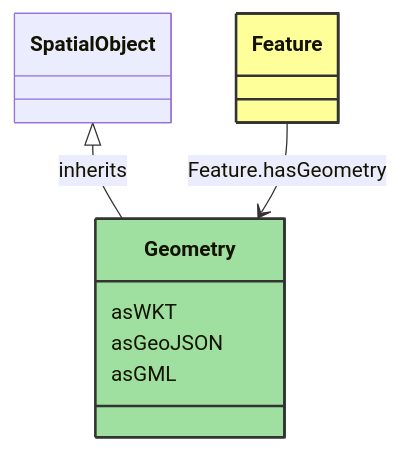
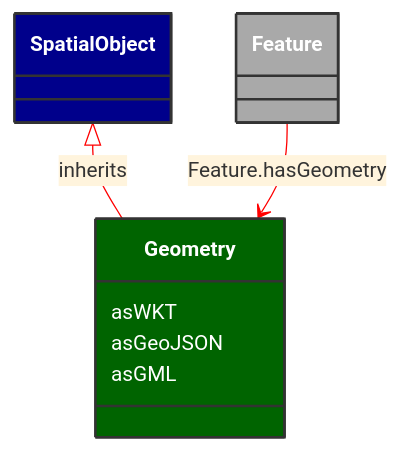
The diagram in docs/Models/Profiles/AviationObstacle/ConcreteClasses/Geometry.md (3lbits/NoCIMExtensions), drawn with Mermaid before and after one commit. The commit also changed 58 other files, not shown here.

````diff
--- a/docs/Models/Profiles/AviationObstacle/ConcreteClasses/Geometry.md
+++ b/docs/Models/Profiles/AviationObstacle/ConcreteClasses/Geometry.md
@@ -8,26 +8,27 @@
 ```mermaid
+%%{init: {'theme':'base','themeVariables': {'lineColor': '#FF0000'}}}%%
 classDiagram
     class Geometry
     click Geometry href "/Models/Profiles/AviationObstacle/ConcreteClasses/Geometry/"
-    style Geometry fill:#9fdf9f,stroke:#333,stroke-width:2px,rx:10,ry:10
+    style Geometry fill:#006400,stroke:#333,stroke-width:2px,rx:10,ry:10,color:white
 
         SpatialObject <|-- Geometry : inherits
             click SpatialObject href "/Models/Profiles/AviationObstacle/ConcreteClasses/SpatialObject/"
-            style SpatialObject rx:10,ry:10
+            style SpatialObject fill:#00008B,stroke:#333,stroke-width:2px,rx:10,ry:10,color:white
 
         Geometry
             click Geometry href "/Models/Profiles/AviationObstacle/ConcreteClasses/Geometry/"
-            style Geometry rx:10,ry:10
+            style SpatialObject fill:#00008B,stroke:#333,stroke-width:2px,rx:10,ry:10,color:white
 
 
         Feature --> Geometry : Feature.hasGeometry
 
         Feature
             click Feature href "/Models/Profiles/AviationObstacle/ConcreteClasses/Feature/"
-            style Feature fill:#ffff99,stroke:#333,stroke-width:2px,rx:10,ry:10
+            style Feature fill:#A9A9A9,stroke:#333,stroke-width:2px,rx:10,ry:10,color:white
 
 
         Geometry : asWKT
         Geometry : asGeoJSON
         Geometry : asGML
 ```
````
